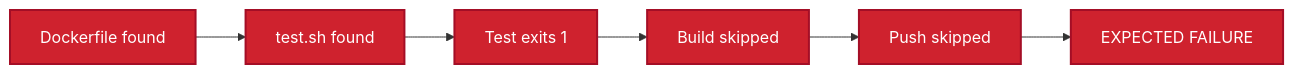
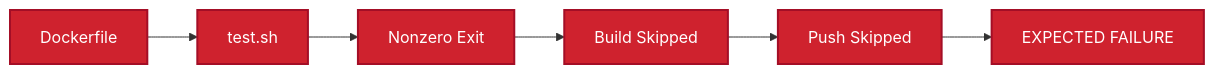
The sixth of 8 diagrams in docs/architecture.md (meghanareddy08/Txstate-DevOps-Assignment), drawn with Mermaid before and after one commit. The commit also changed other lines of this file, not shown here.

Commit message:
Simplify architecture documentation

````diff
--- a/docs/architecture.md
+++ b/docs/architecture.md
@@ -302,11 +183,11 @@
 ```mermaid
 flowchart LR
-    A[Dockerfile found] --> B[test.sh found]
-    B --> C[Test exits 1]
-    C --> D[Build skipped]
-    D --> E[Push skipped]
+    A[Dockerfile] --> B[test.sh]
+    B --> C[Nonzero Exit]
+    C --> D[Build Skipped]
+    D --> E[Push Skipped]
     E --> F[EXPECTED FAILURE]
 
     classDef failure fill:#cf222e,color:#ffffff,stroke:#a40e26,stroke-width:2px;
     class A,B,C,D,E,F failure;
 ```
````
